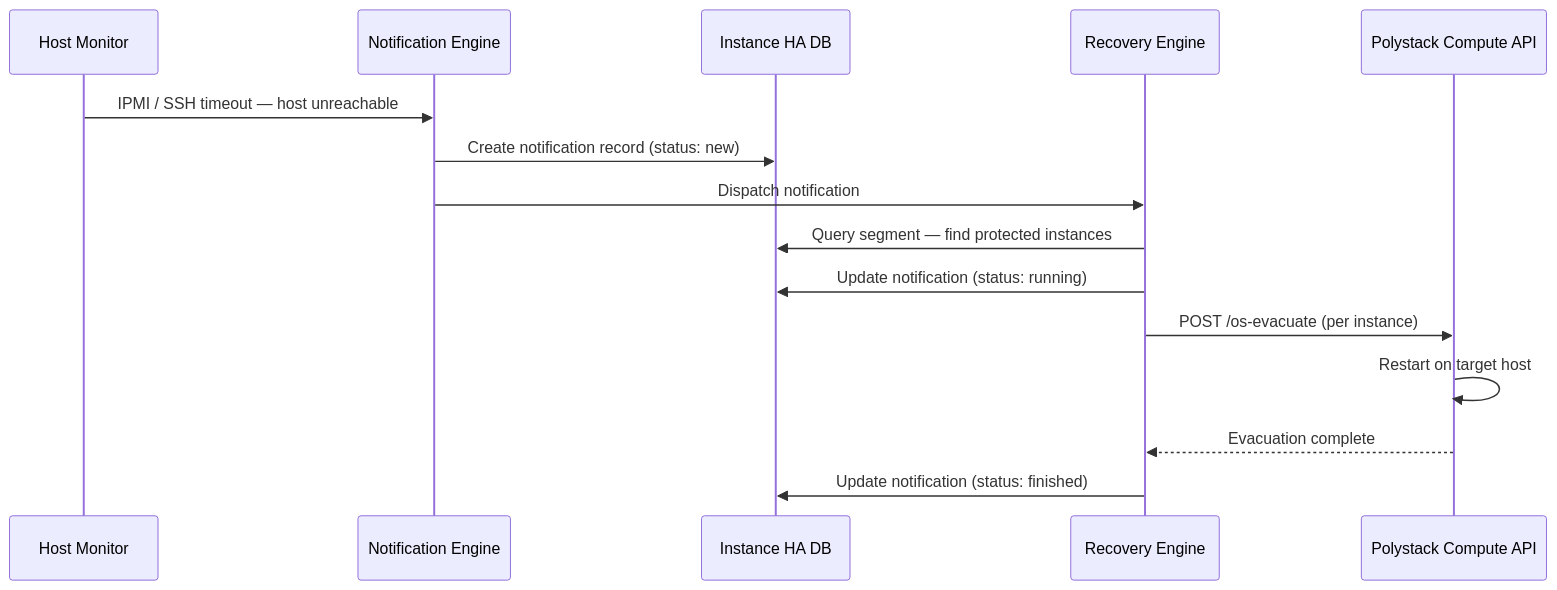
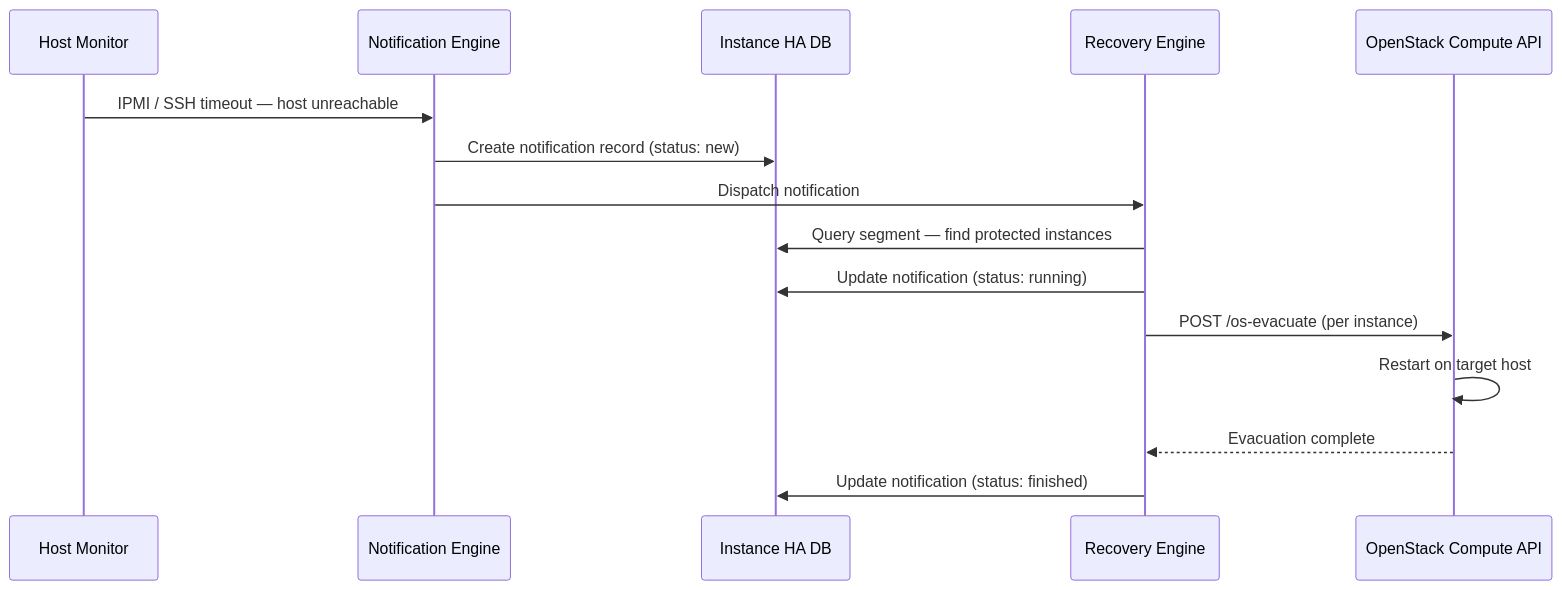
Before and after one commit to ankur-kumar87/docs-polystack: the second of 2 diagrams in services/instance-ha/admin-guide/architecture.mdx, drawn with Mermaid. The commit also changed other lines of this file and 19 other files, not shown here.

Commit message:
docs: rename API references to OpenStack

````diff
--- a/services/instance-ha/admin-guide/architecture.mdx
+++ b/services/instance-ha/admin-guide/architecture.mdx
@@ -133,18 +133,18 @@
 ```mermaid
 sequenceDiagram
     participant HM as Host Monitor
     participant NE as Notification Engine
     participant DB as Instance HA DB
     participant RE as Recovery Engine
-    participant NOVA as Polystack Compute API
+    participant NOVA as OpenStack Compute API
 
     HM->>NE: IPMI / SSH timeout — host unreachable
     NE->>DB: Create notification record (status: new)
     NE->>RE: Dispatch notification
     RE->>DB: Query segment — find protected instances
     RE->>DB: Update notification (status: running)
     RE->>NOVA: POST /os-evacuate (per instance)
     NOVA->>NOVA: Restart on target host
     NOVA-->>RE: Evacuation complete
     RE->>DB: Update notification (status: finished)
 ```
````
